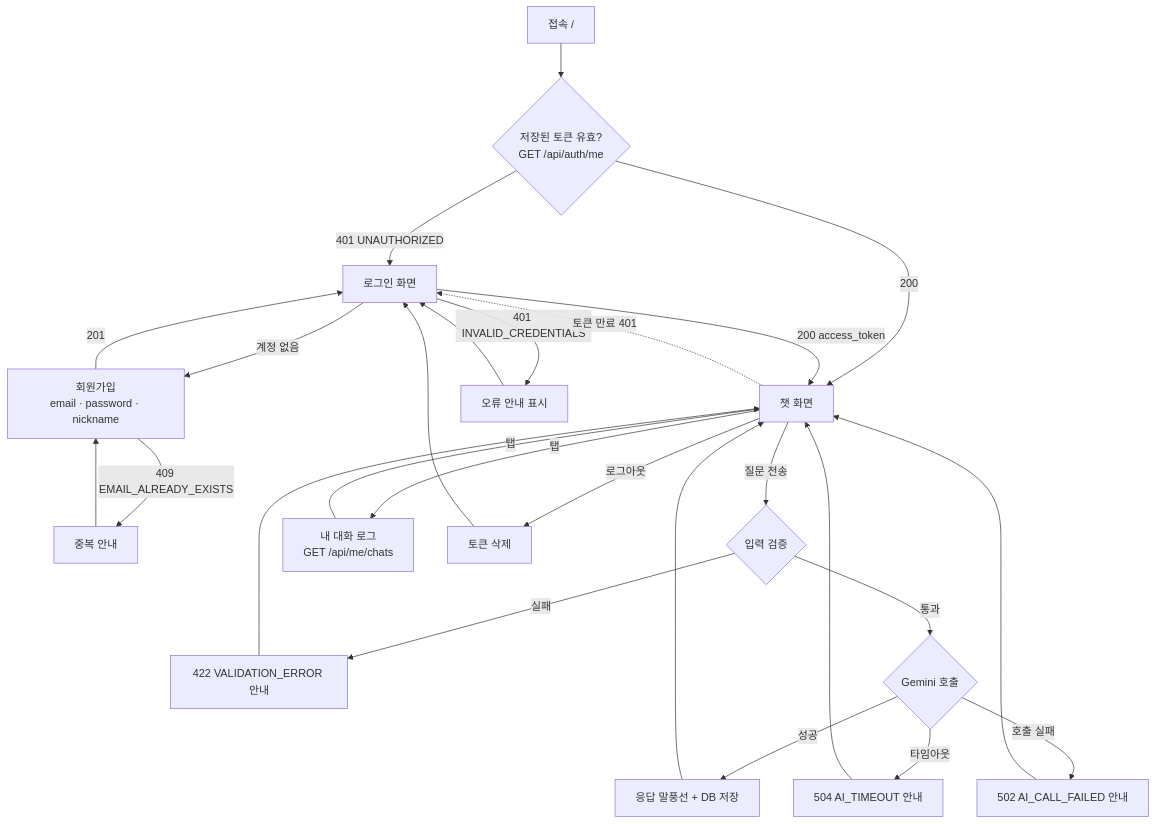
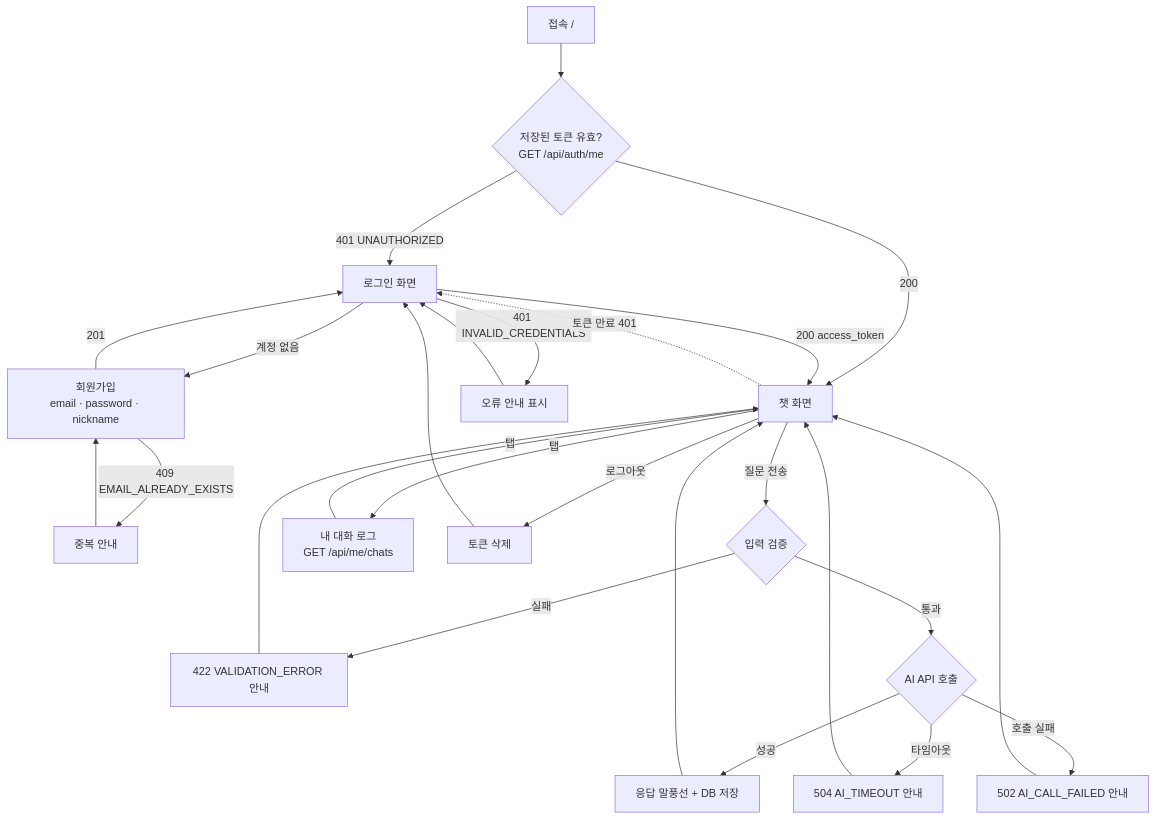
Before and after one commit to b7-1-chatbot-team/B7-1-chatbot: the diagram in docs/01-scenario.md, drawn with Mermaid. The commit also changed other lines of this file and 11 other files, not shown here.

````diff
--- a/docs/01-scenario.md
+++ b/docs/01-scenario.md
@@ -54,21 +54,21 @@
 ```mermaid
 flowchart TD
     A[접속 /] --> B{저장된 토큰 유효?<br/>GET /api/auth/me}
     B -- "401 UNAUTHORIZED" --> L[로그인 화면]
     B -- 200 --> C[챗 화면]
     L -- 계정 없음 --> S[회원가입<br/>email · password · nickname]
     S -- 201 --> L
     S -- "409 EMAIL_ALREADY_EXISTS" --> SE[중복 안내] --> S
     L -- "200 access_token" --> C
     L -- "401 INVALID_CREDENTIALS" --> LE[오류 안내 표시] --> L
     C -- 질문 전송 --> V{입력 검증}
     V -- 실패 --> VE["422 VALIDATION_ERROR 안내"] --> C
-    V -- 통과 --> AI{Gemini 호출}
+    V -- 통과 --> AI{AI API 호출}
     AI -- 성공 --> OK[응답 말풍선 + DB 저장] --> C
     AI -- 타임아웃 --> T["504 AI_TIMEOUT 안내"] --> C
     AI -- 호출 실패 --> F["502 AI_CALL_FAILED 안내"] --> C
     C -- 탭 --> H[내 대화 로그<br/>GET /api/me/chats]
     H -- 탭 --> C
     C -- 로그아웃 --> X[토큰 삭제] --> L
     C -. "토큰 만료 401" .-> L
 ```
````
